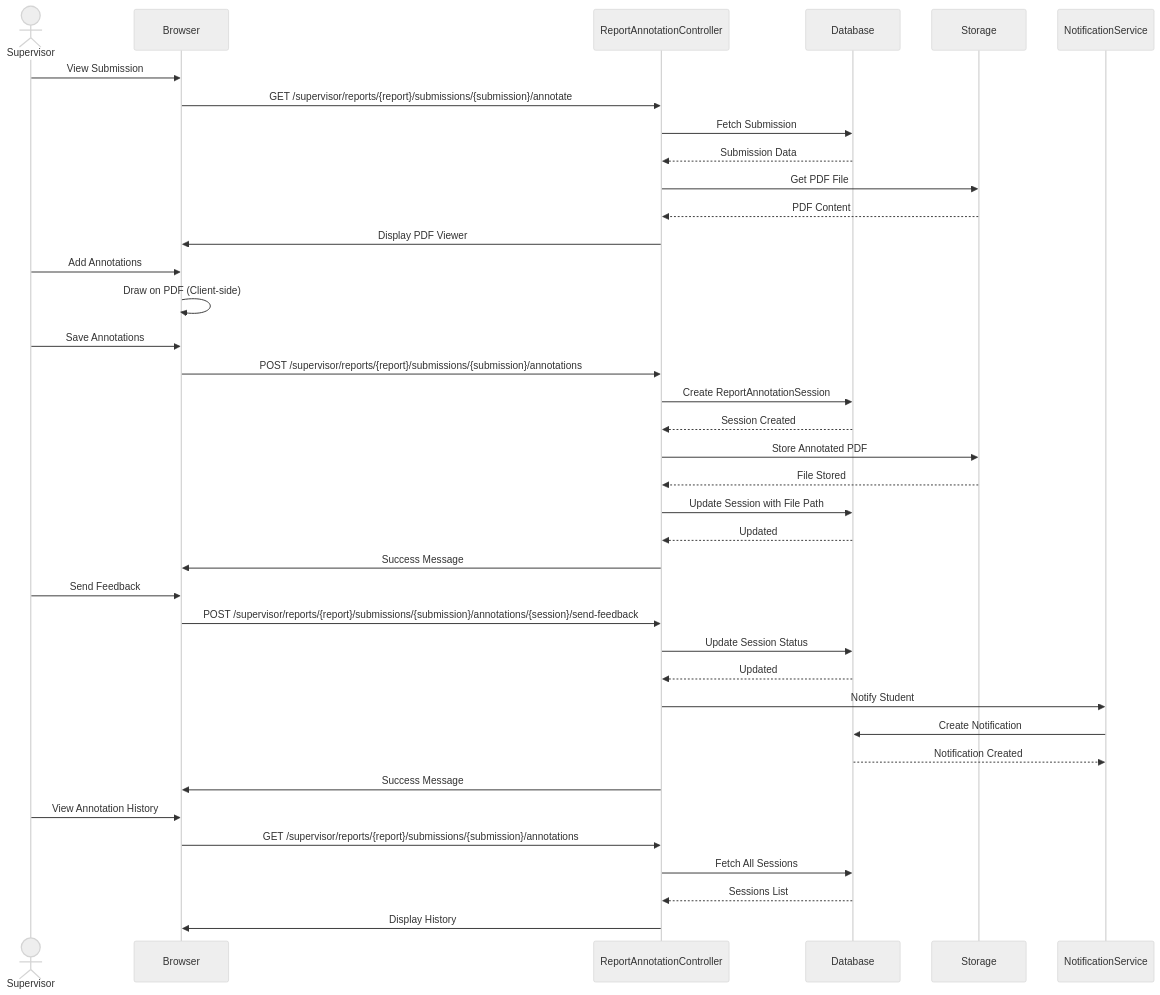
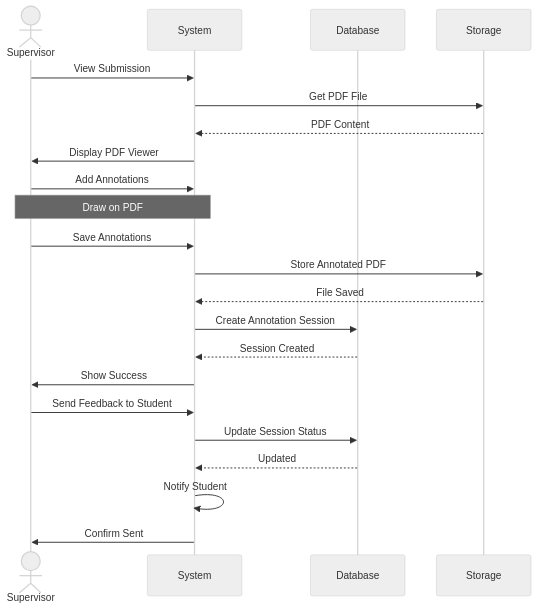
One commit to abdullah2323442/thesisrepo-backup changed the tenth of 19 diagrams in documentation/sequence-diagrams.md. Above: the diagram before and after it, drawn with Mermaid (neutral theme). The commit also changed other lines of this file, not shown here.

````diff
--- a/documentation/sequence-diagrams.md
+++ b/documentation/sequence-diagrams.md
@@ -475,47 +296,28 @@
 ```mermaid
 sequenceDiagram
     actor Supervisor
-    participant Browser
-    participant ReportAnnotationController
+    participant System
     participant Database
     participant Storage
-    participant NotificationService
 
-    Supervisor->>Browser: View Submission
-    Browser->>ReportAnnotationController: GET /supervisor/reports/{report}/submissions/{submission}/annotate
-    ReportAnnotationController->>Database: Fetch Submission
-    Database-->>ReportAnnotationController: Submission Data
-    ReportAnnotationController->>Storage: Get PDF File
-    Storage-->>ReportAnnotationController: PDF Content
-    ReportAnnotationController->>Browser: Display PDF Viewer
+    Supervisor->>System: View Submission
+    System->>Storage: Get PDF File
+    Storage-->>System: PDF Content
+    System->>Supervisor: Display PDF Viewer
     
-    Supervisor->>Browser: Add Annotations
-    Browser->>Browser: Draw on PDF (Client-side)
+    Supervisor->>System: Add Annotations
+    Note over Supervisor,System: Draw on PDF
     
-    Supervisor->>Browser: Save Annotations
-    Browser->>ReportAnnotationController: POST /supervisor/reports/{report}/submissions/{submission}/annotations
-    ReportAnnotationController->>Database: Create ReportAnnotationSession
-    Database-->>ReportAnnotationController: Session Created
-    ReportAnnotationController->>Storage: Store Annotated PDF
-    Storage-->>ReportAnnotationController: File Stored
-    ReportAnnotationController->>Database: Update Session with File Path
-    Database-->>ReportAnnotationController: Updated
-    ReportAnnotationController->>Browser: Success Message
+    Supervisor->>System: Save Annotations
+    System->>Storage: Store Annotated PDF
+    Storage-->>System: File Saved
+    System->>Database: Create Annotation Session
+    Database-->>System: Session Created
+    System->>Supervisor: Show Success
     
-    Supervisor->>Browser: Send Feedback
-    Browser->>ReportAnnotationController: POST /supervisor/reports/{report}/submissions/{submission}/annotations/{session}/send-feedback
-    ReportAnnotationController->>Database: Update Session Status
-    Database-->>ReportAnnotationController: Updated
-    
-    ReportAnnotationController->>NotificationService: Notify Student
-    NotificationService->>Database: Create Notification
-    Database-->>NotificationService: Notification Created
-    
-    ReportAnnotationController->>Browser: Success Message
-    
-    Supervisor->>Browser: View Annotation History
-    Browser->>ReportAnnotationController: GET /supervisor/reports/{report}/submissions/{submission}/annotations
-    ReportAnnotationController->>Database: Fetch All Sessions
-    Database-->>ReportAnnotationController: Sessions List
-    ReportAnnotationController->>Browser: Display History
+    Supervisor->>System: Send Feedback to Student
+    System->>Database: Update Session Status
+    Database-->>System: Updated
+    System->>System: Notify Student
+    System->>Supervisor: Confirm Sent
 ```
````
